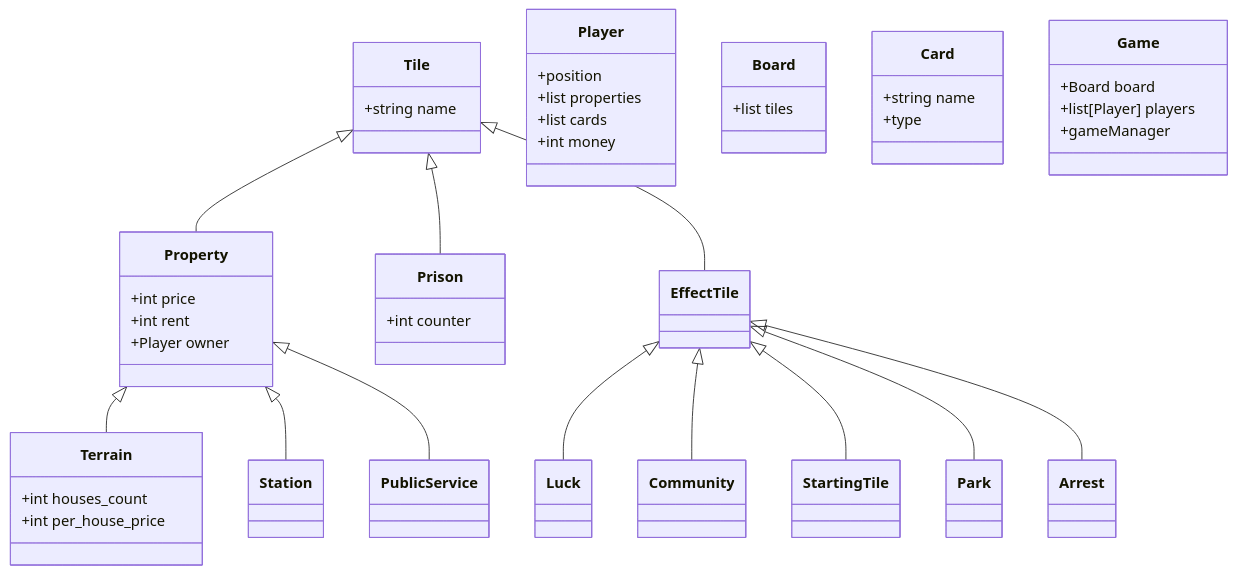
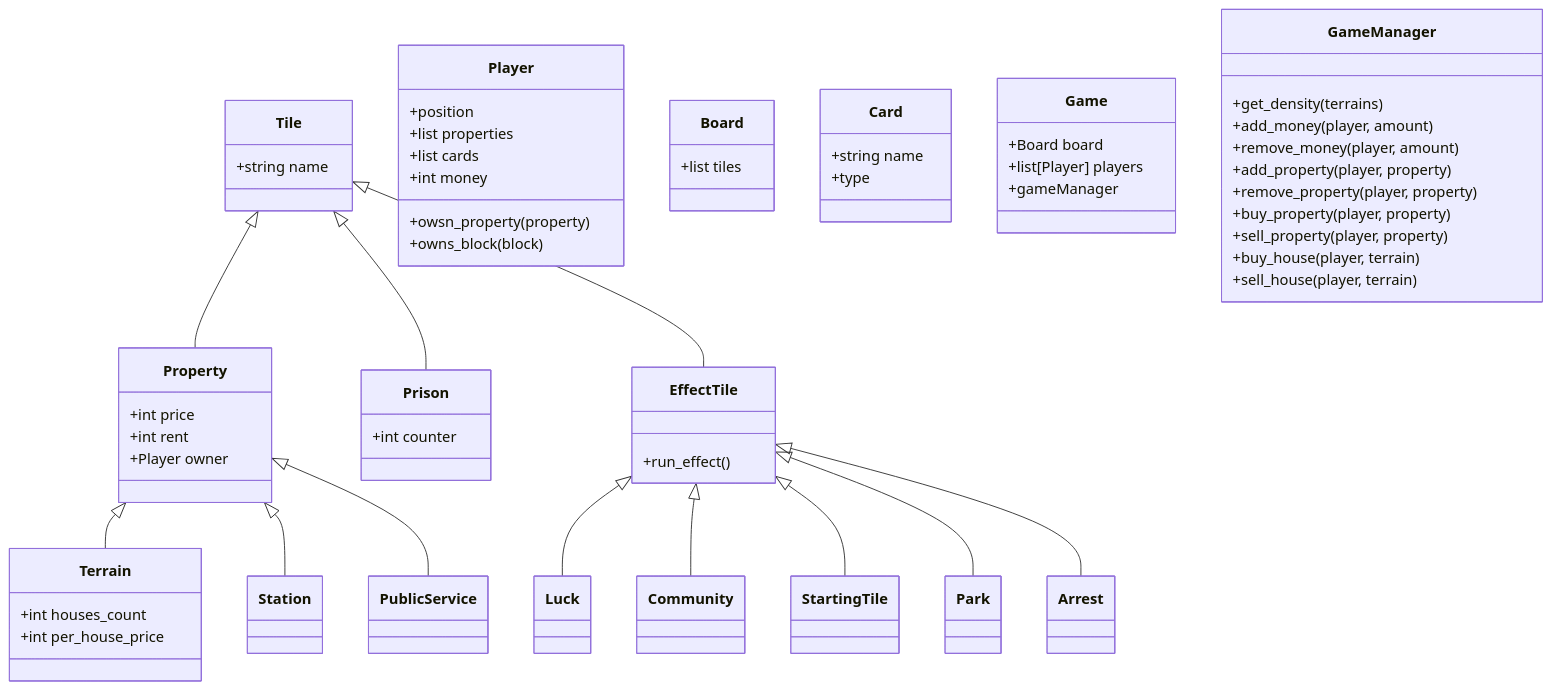
The diagram in README.md (Alaqada/cw-monopoly-2), drawn with Mermaid before and after one commit. The commit also changed 7 other files, not shown here.

````diff
--- a/README.md
+++ b/README.md
@@ -47,45 +47,58 @@
 ```mermaid
 classDiagram
 	Tile <|-- Property
 	Tile <|-- Prison
 	Tile <|-- EffectTile
 	Tile : +string name
 
 	Prison : +int counter
 	
 	Property <|-- Terrain
 	Property <|-- Station
 	Property <|-- PublicService
 	Property : +int price
 	Property : +int rent
 	Property : +Player owner
 
 	Terrain : +int houses_count
 	Terrain : +int per_house_price
 
 	EffectTile <|-- Luck
 	EffectTile <|-- Community
 	EffectTile <|-- StartingTile
 	EffectTile <|-- Park
 	EffectTile <|-- Arrest
+	EffectTile : +run_effect()
 
 	class Player {
 		+position
 		+list properties
 		+list cards
 		+int money
+		+owsn_property(property)
+		+owns_block(block)
 	}
 	class Board {
 		+list tiles
 	}
 	class Card {
 		+string name
 		+type
 	}
 	class Game {
 		+Board board
 		+list[Player] players
 		+gameManager
 	}
-
+	class GameManager {
+		+get_density(terrains)
+		+add_money(player, amount)
+		+remove_money(player, amount)
+		+add_property(player, property)
+		+remove_property(player, property)
+		+buy_property(player, property)
+		+sell_property(player, property)
+		+buy_house(player, terrain)
+		+sell_house(player, terrain)
+	}
 ```
````
